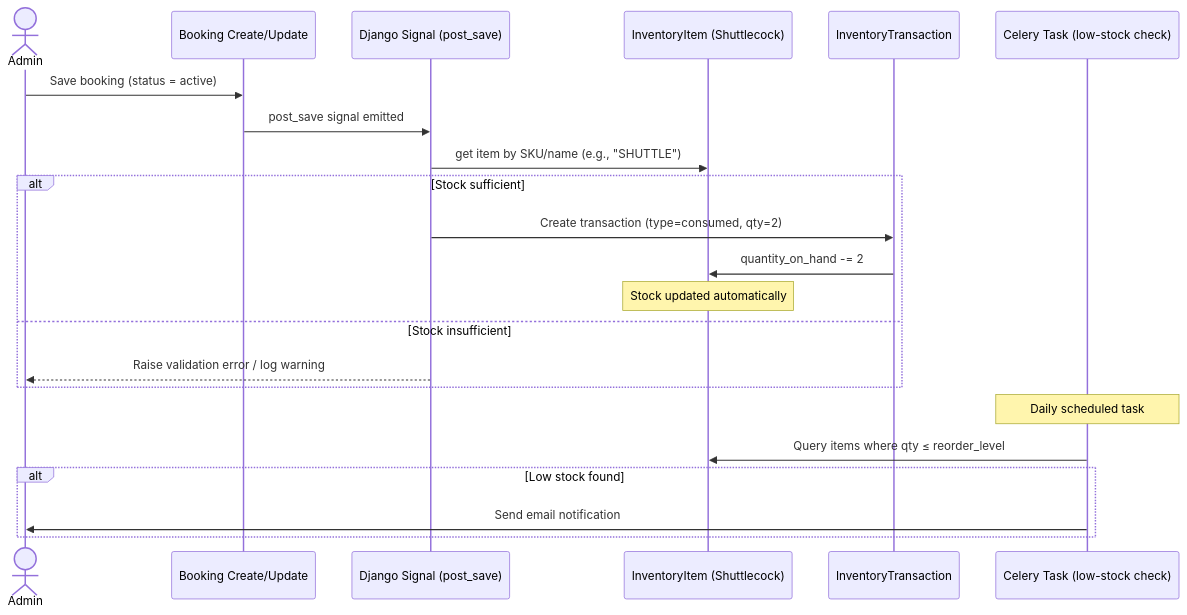
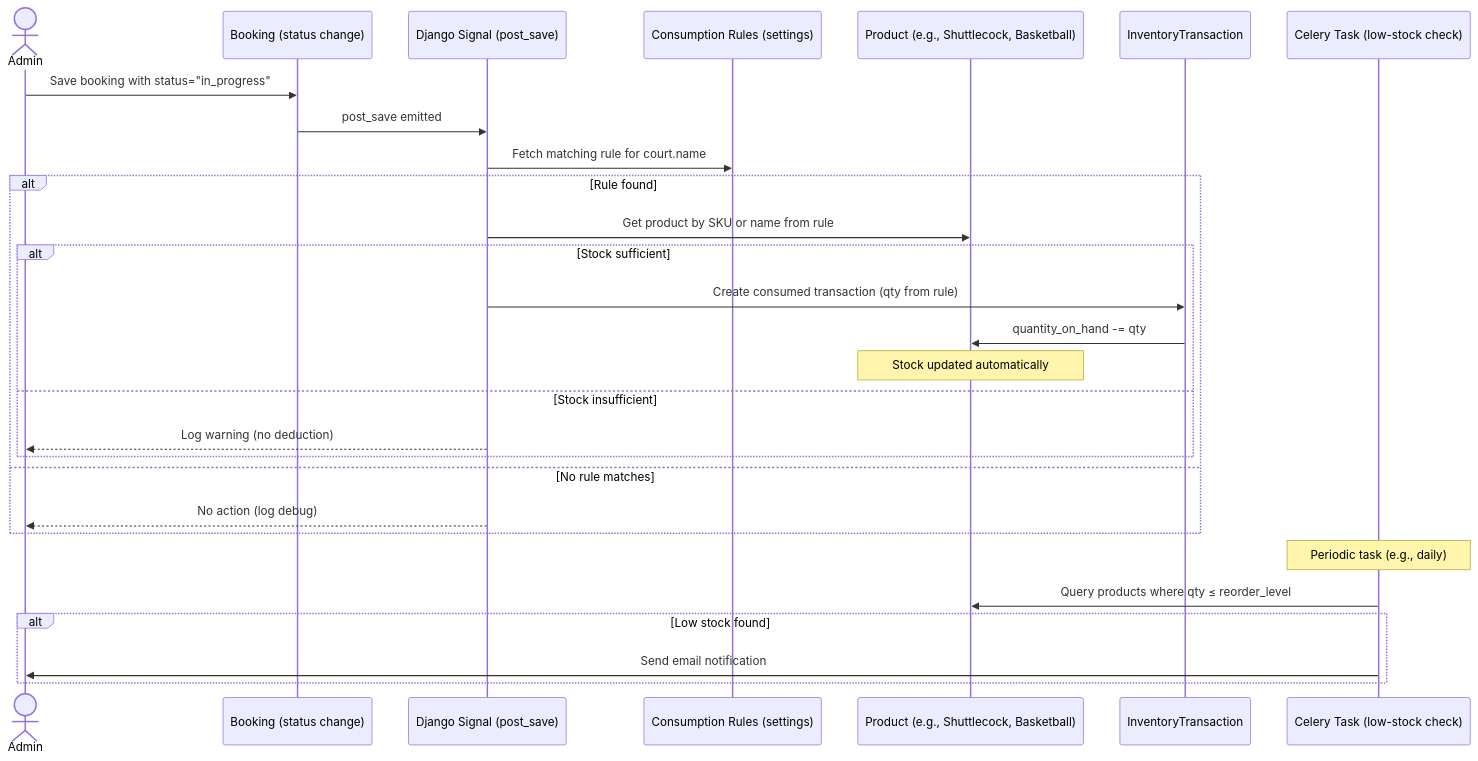
The diagram in Docs/Steps - Inventory Module Design & Integration Guide.md (xmione/badminton_court), drawn with Mermaid before and after one commit. The commit also changed other lines of this file, not shown here.

````diff
--- a/Docs/Steps - Inventory Module Design & Integration Guide.md
+++ b/Docs/Steps - Inventory Module Design & Integration Guide.md
@@ -73,25 +76,31 @@
 ```mermaid
 sequenceDiagram
     actor Admin
-    participant BookingForm as Booking Create/Update
-    participant Django as Django Signal (post_save)
-    participant Inventory as InventoryItem (Shuttlecock)
+    participant Booking as Booking (status change)
+    participant Signal as Django Signal (post_save)
+    participant Rules as Consumption Rules (settings)
+    participant Product as Product (e.g., Shuttlecock, Basketball)
     participant Transaction as InventoryTransaction
     participant Celery as Celery Task (low-stock check)
 
-    Admin->>BookingForm: Save booking (status = active)
-    BookingForm->>Django: post_save signal emitted
-    Django->>Inventory: get item by SKU/name (e.g., "SHUTTLE")
-    alt Stock sufficient
-        Django->>Transaction: Create transaction (type=consumed, qty=2)
-        Transaction->>Inventory: quantity_on_hand -= 2
-        Note over Inventory: Stock updated automatically
-    else Stock insufficient
-        Django-->>Admin: Raise validation error / log warning
+    Admin->>Booking: Save booking with status="in_progress"
+    Booking->>Signal: post_save emitted
+    Signal->>Rules: Fetch matching rule for court.name
+    alt Rule found
+        Signal->>Product: Get product by SKU or name from rule
+        alt Stock sufficient
+            Signal->>Transaction: Create consumed transaction (qty from rule)
+            Transaction->>Product: quantity_on_hand -= qty
+            Note over Product: Stock updated automatically
+        else Stock insufficient
+            Signal-->>Admin: Log warning (no deduction)
+        end
+    else No rule matches
+        Signal-->>Admin: No action (log debug)
     end
-    Note over Celery: Daily scheduled task
-    Celery->>Inventory: Query items where qty ≤ reorder_level
+    Note over Celery: Periodic task (e.g., daily)
+    Celery->>Product: Query products where qty ≤ reorder_level
     alt Low stock found
         Celery->>Admin: Send email notification
     end
 ```
````
